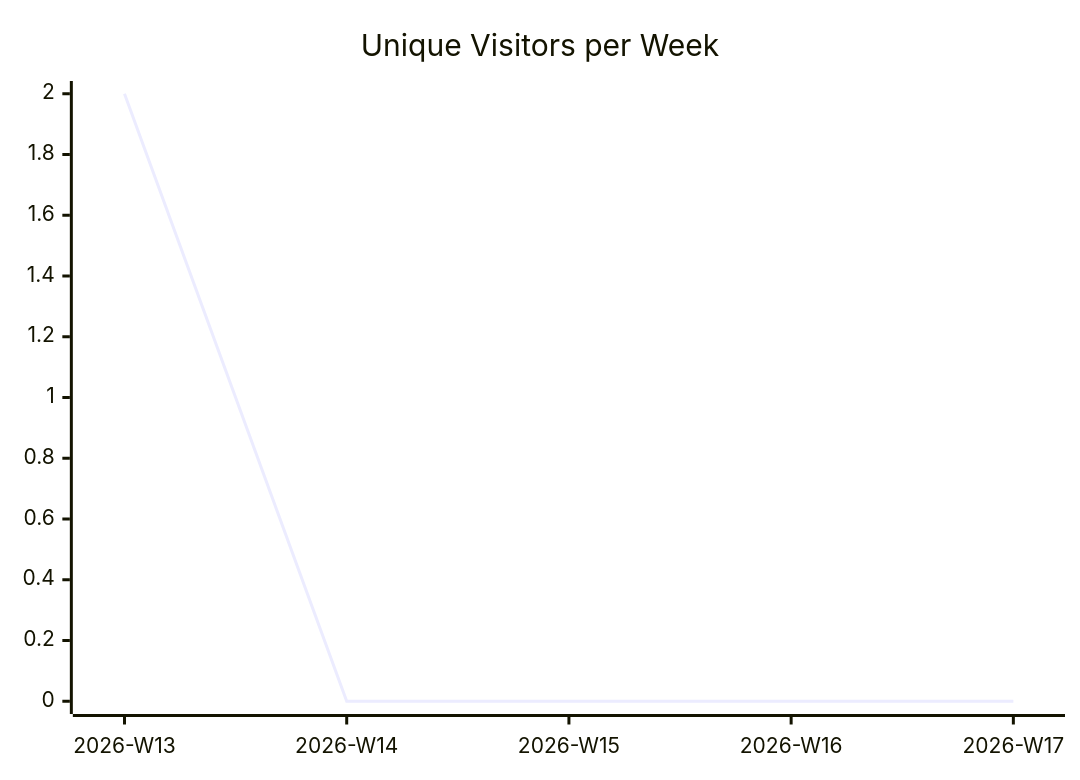
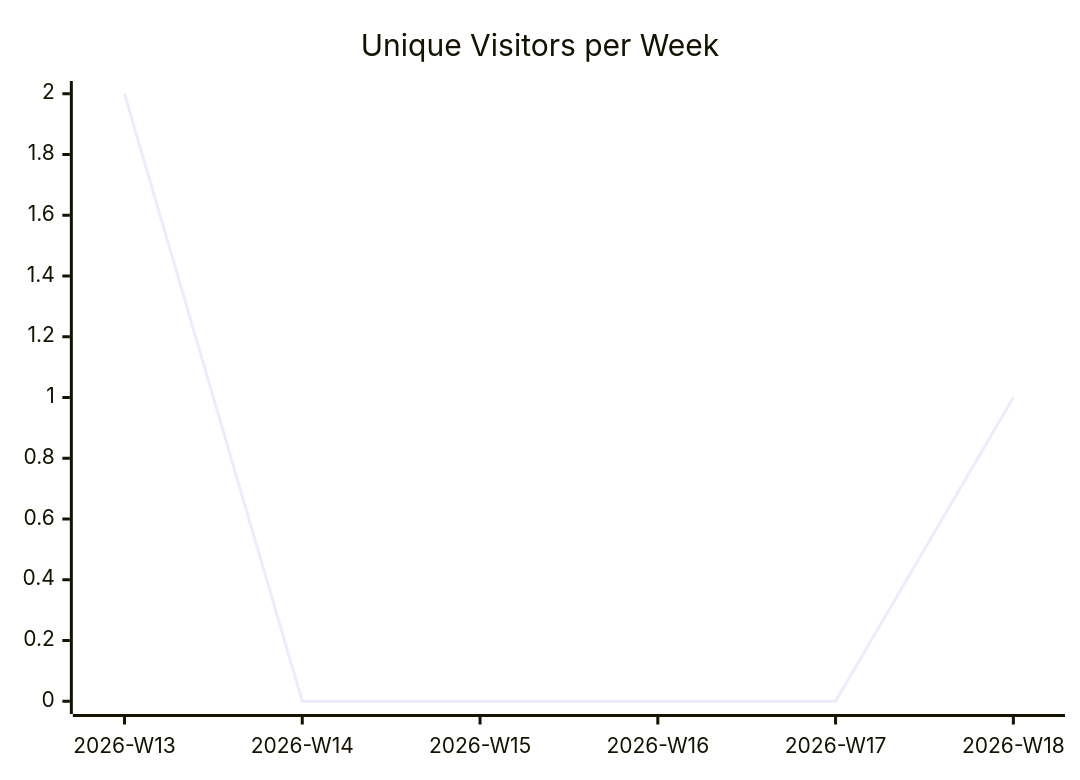
The first of 3 diagrams in karlmdavis/kxml2/README.md (justdavis-family/github-analytics-data), drawn with Mermaid before and after one commit. The commit also changed other lines of this file and 184 other files, not shown here.

````diff
--- a/karlmdavis/kxml2/README.md
+++ b/karlmdavis/kxml2/README.md
@@ -5,6 +5,6 @@
 ```mermaid
 xychart-beta
   title "Unique Visitors per Week"
-  x-axis ["2026-W13", "2026-W14", "2026-W15", "2026-W16", "2026-W17"]
-  line [2, 0, 0, 0, 0]
+  x-axis ["2026-W13", "2026-W14", "2026-W15", "2026-W16", "2026-W17", "2026-W18"]
+  line [2, 0, 0, 0, 0, 1]
 ```
````
